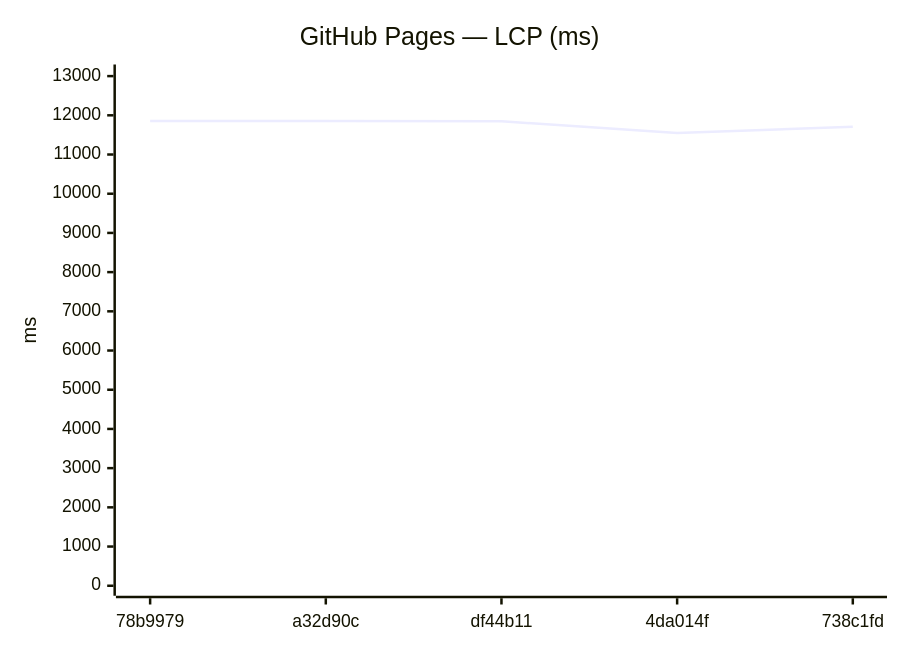
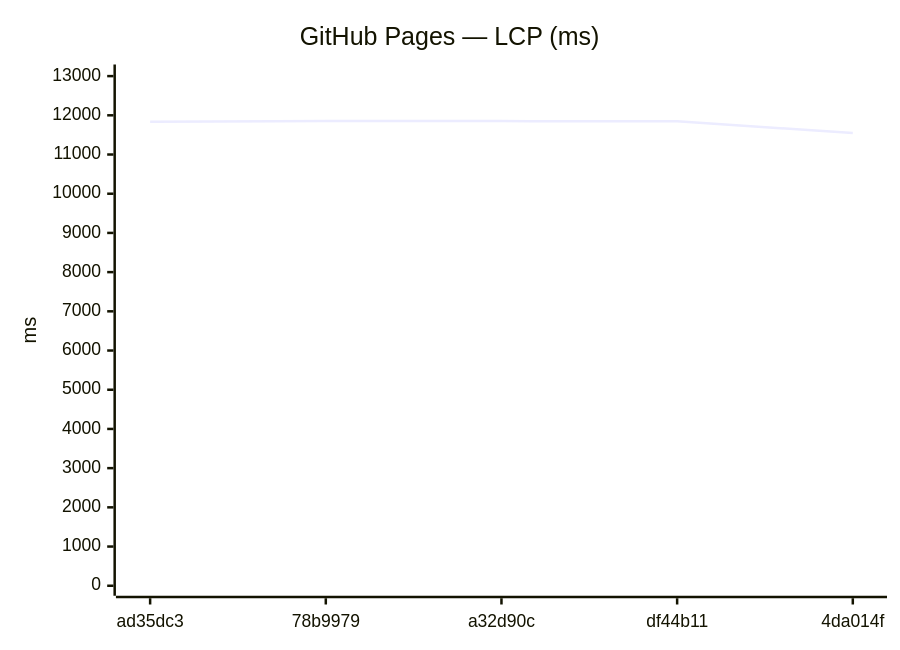
One commit to Metaheurist/Rianell changed diagram 11 of 24 in benchmarks/compare.md. Above: the diagram before and after it, drawn with Mermaid. The commit also changed other lines of this file and 12 other files, not shown here.

````diff
--- a/benchmarks/compare.md
+++ b/benchmarks/compare.md
@@ -169,7 +169,7 @@
 ```mermaid
 xychart-beta
     title "GitHub Pages — LCP (ms)"
-    x-axis ["78b9979", "a32d90c", "df44b11", "4da014f", "738c1fd"]
+    x-axis ["ad35dc3", "78b9979", "a32d90c", "df44b11", "4da014f"]
     y-axis "ms" 0 --> 13041
-    line [11855, 11852, 11847, 11548, 11710]
+    line [11838, 11855, 11852, 11847, 11548]
 ```
````
